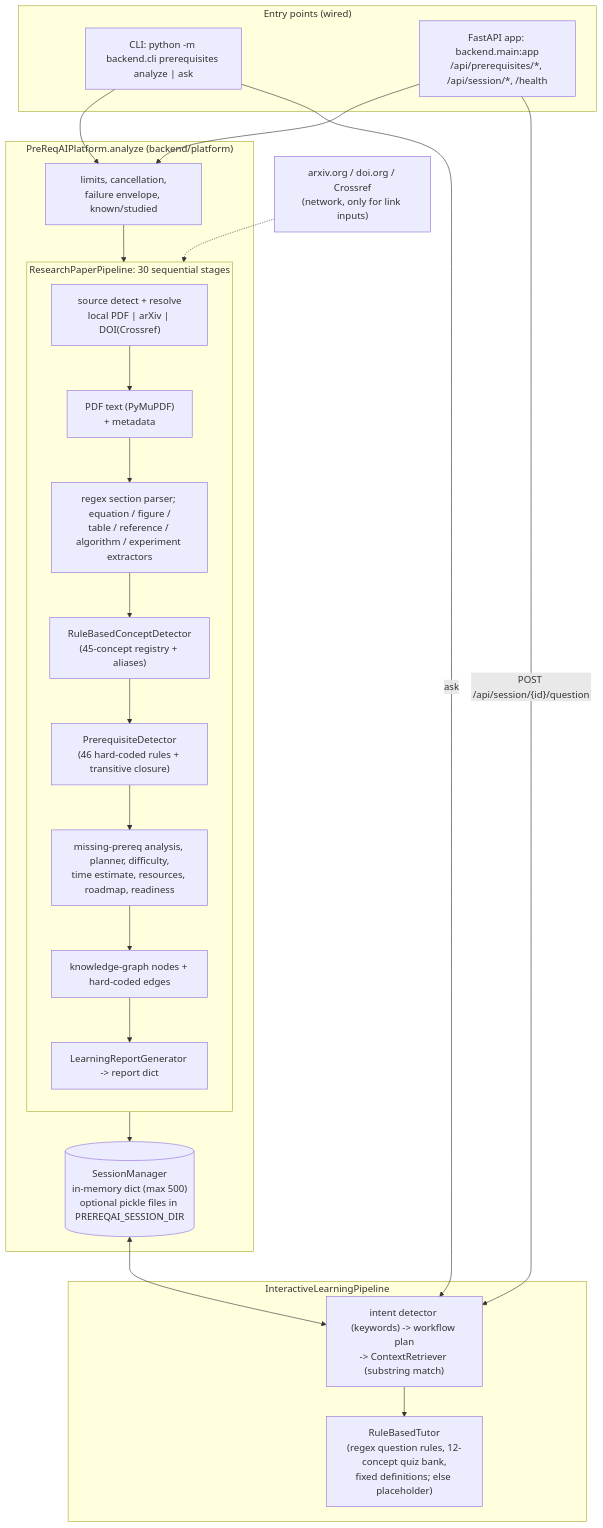
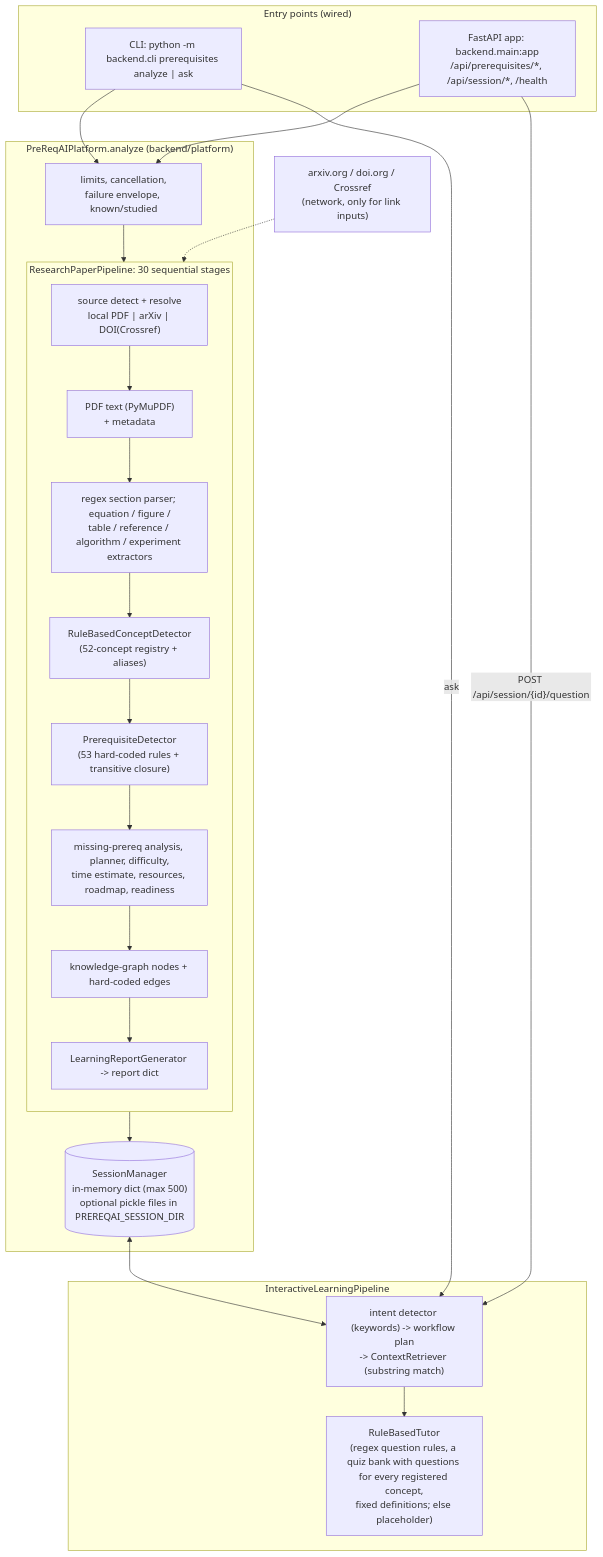
Before and after one commit to 23f2003574/PreReqAI: the first of 2 diagrams in ARCHITECTURE.md, drawn with Mermaid. The commit also changed other lines of this file and 2 other files, not shown here.

First line of the commit message:
reconciled architecture and release documentation with the current code

````diff
--- a/ARCHITECTURE.md
+++ b/ARCHITECTURE.md
@@ -26,40 +26,40 @@
 ```mermaid
 flowchart TD
     subgraph Entry["Entry points (wired)"]
         CLI["CLI: python -m backend.cli prerequisites analyze | ask"]
         HTTP["FastAPI app: backend.main:app<br/>/api/prerequisites/*, /api/session/*, /health"]
     end
 
     CLI --> PLAT
     HTTP --> PLAT
 
     subgraph Core["PreReqAIPlatform.analyze (backend/platform)"]
         PLAT["limits, cancellation,<br/>failure envelope, known/studied"]
         PLAT --> PIPE
         subgraph PIPE["ResearchPaperPipeline: 30 sequential stages"]
             direction TB
             S1["source detect + resolve<br/>local PDF | arXiv | DOI(Crossref)"]
             S2["PDF text (PyMuPDF)<br/>+ metadata"]
             S3["regex section parser; equation / figure /<br/>table / reference / algorithm / experiment extractors"]
-            S4["RuleBasedConceptDetector<br/>(45-concept registry + aliases)"]
-            S5["PrerequisiteDetector<br/>(46 hard-coded rules + transitive closure)"]
+            S4["RuleBasedConceptDetector<br/>(52-concept registry + aliases)"]
+            S5["PrerequisiteDetector<br/>(53 hard-coded rules + transitive closure)"]
             S6["missing-prereq analysis, planner, difficulty,<br/>time estimate, resources, roadmap, readiness"]
             S7["knowledge-graph nodes + hard-coded edges"]
             S8["LearningReportGenerator -> report dict"]
             S1 --> S2 --> S3 --> S4 --> S5 --> S6 --> S7 --> S8
         end
         PIPE --> SM
     end
 
     SM[("SessionManager<br/>in-memory dict (max 500)<br/>optional pickle files in PREREQAI_SESSION_DIR")]
 
     HTTP -->|"POST /api/session/{id}/question"| ILP
     CLI -->|"ask"| ILP
     SM <--> ILP
     subgraph Tutor["InteractiveLearningPipeline"]
         ILP["intent detector (keywords) -> workflow plan<br/>-> ContextRetriever (substring match)"]
-        ILP --> RBT["RuleBasedTutor<br/>(regex question rules, 12-concept quiz bank,<br/>fixed definitions; else placeholder)"]
+        ILP --> RBT["RuleBasedTutor<br/>(regex question rules, a quiz bank with questions for every registered concept,<br/>fixed definitions; else placeholder)"]
     end
 
     ext1["arxiv.org / doi.org / Crossref<br/>(network, only for link inputs)"] -.-> S1
 ```
````
